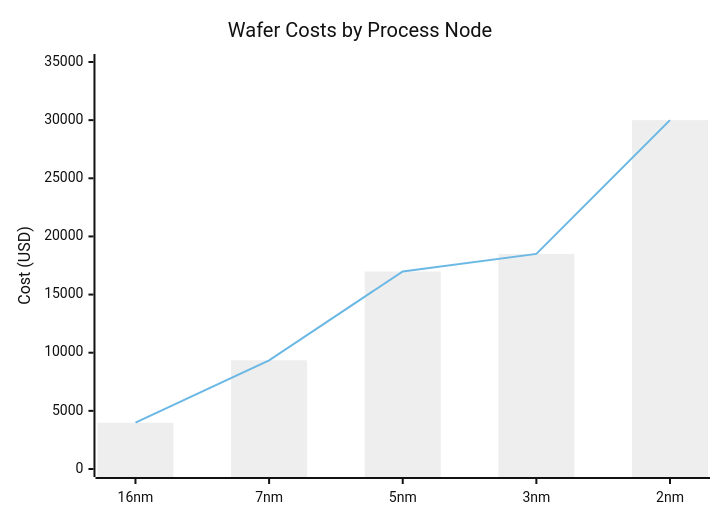
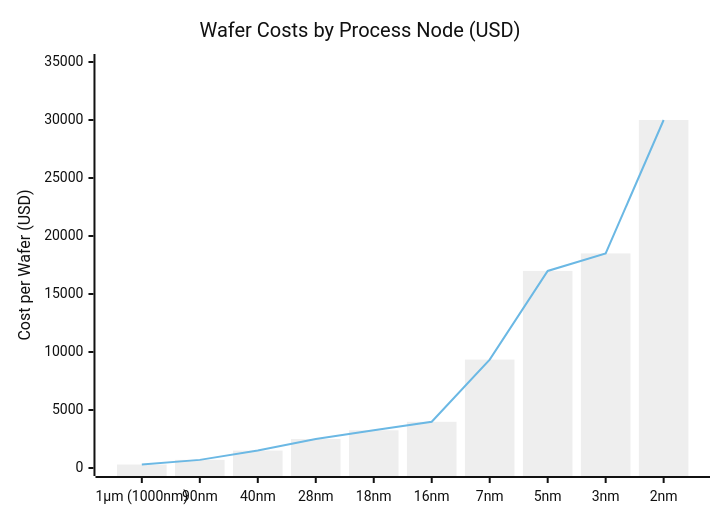
One commit to 0x9ONU/Obsidian-Notes changed the diagram in General Notes/Kanban/TSMC's 2nm process will reportedly get another price hike — $30,000 per wafer for latest cutting-edge tech.md. Above: the diagram before and after it, drawn with Mermaid (neutral theme). The commit also changed other lines of this file and 1 other file, not shown here.

````diff
--- a/General Notes/Kanban/TSMC's 2nm process will reportedly get another price hike — $30,000 per wafer for latest cutting-edge tech.md
+++ b/General Notes/Kanban/TSMC's 2nm process will reportedly get another price hike — $30,000 per wafer for latest cutting-edge tech.md
@@ -16,8 +24,8 @@
 ```mermaid
 xychart-beta
-title "Wafer Costs by Process Node"
-    x-axis ["16nm", "7nm", "5nm", "3nm", "2nm"]
-    y-axis "Cost (USD)" 0 --> 35000
-    bar [3984, 9346, 16988, 18500, 30000]
-    line [3984, 9346, 16988, 18500, 30000]
+    title "Wafer Costs by Process Node (USD)"
+    x-axis ["1µm (1000nm)", "90nm", "40nm", "28nm", "18nm", "16nm", "7nm", "5nm", "3nm", "2nm"]
+    y-axis "Cost per Wafer (USD)" 0 --> 35000
+    bar [300, 700, 1500, 2500, 3250, 3984, 9346, 16988, 18500, 30000]
+    line [300, 700, 1500, 2500, 3250, 3984, 9346, 16988, 18500, 30000]
 ```
````
